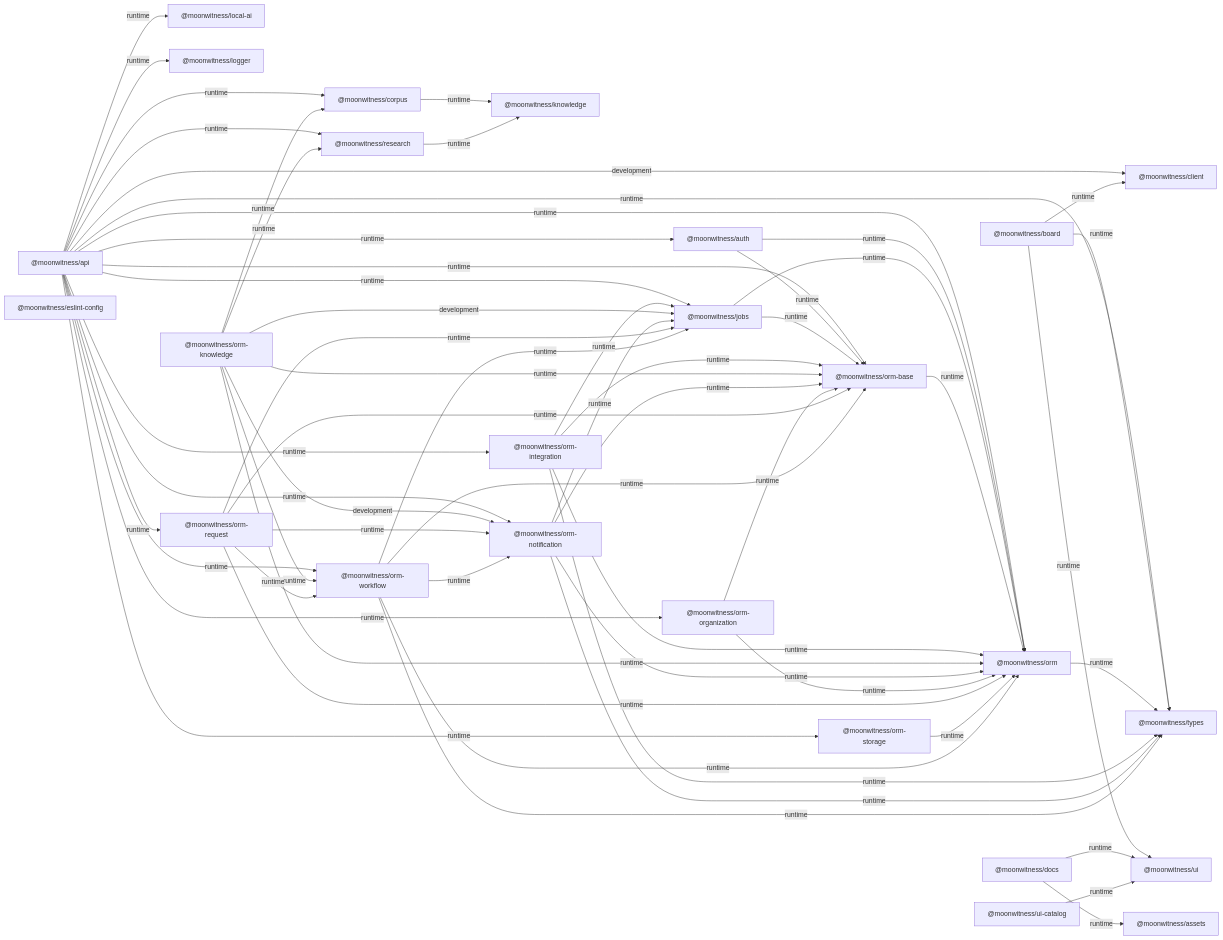
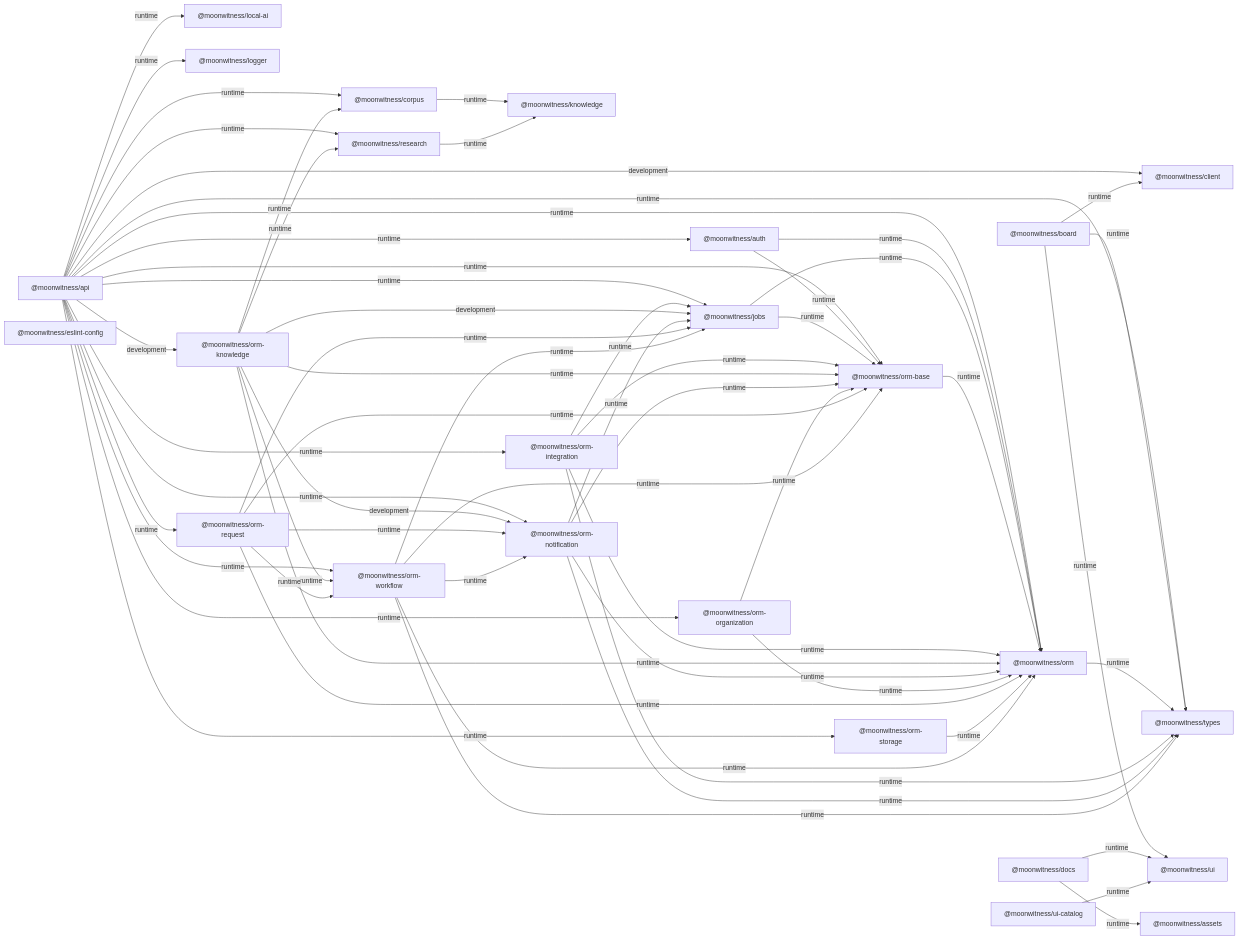
Before and after one commit to bjo163/moonwitness-xi: the diagram in docs/architecture/diagrams/workspace-dependencies.mmd, drawn with Mermaid. The commit also changed 18 other files, not shown here.

```diff
--- a/docs/architecture/diagrams/workspace-dependencies.mmd
+++ b/docs/architecture/diagrams/workspace-dependencies.mmd
@@ -1,84 +1,85 @@
 flowchart LR
   pkg0["@moonwitness/api"]
   pkg1["@moonwitness/assets"]
   pkg2["@moonwitness/auth"]
   pkg3["@moonwitness/board"]
   pkg4["@moonwitness/client"]
   pkg5["@moonwitness/corpus"]
   pkg6["@moonwitness/docs"]
   pkg7["@moonwitness/eslint-config"]
   pkg8["@moonwitness/jobs"]
   pkg9["@moonwitness/knowledge"]
   pkg10["@moonwitness/local-ai"]
   pkg11["@moonwitness/logger"]
   pkg12["@moonwitness/orm"]
   pkg13["@moonwitness/orm-base"]
   pkg14["@moonwitness/orm-integration"]
   pkg15["@moonwitness/orm-knowledge"]
   pkg16["@moonwitness/orm-notification"]
   pkg17["@moonwitness/orm-organization"]
   pkg18["@moonwitness/orm-request"]
   pkg19["@moonwitness/orm-storage"]
   pkg20["@moonwitness/orm-workflow"]
   pkg21["@moonwitness/research"]
   pkg22["@moonwitness/types"]
   pkg23["@moonwitness/ui"]
   pkg24["@moonwitness/ui-catalog"]
   pkg0 -->|development| pkg4
+  pkg0 -->|development| pkg15
   pkg0 -->|runtime| pkg2
   pkg0 -->|runtime| pkg5
   pkg0 -->|runtime| pkg8
   pkg0 -->|runtime| pkg10
   pkg0 -->|runtime| pkg11
   pkg0 -->|runtime| pkg12
   pkg0 -->|runtime| pkg13
   pkg0 -->|runtime| pkg14
   pkg0 -->|runtime| pkg16
   pkg0 -->|runtime| pkg17
   pkg0 -->|runtime| pkg18
   pkg0 -->|runtime| pkg19
   pkg0 -->|runtime| pkg20
   pkg0 -->|runtime| pkg21
   pkg0 -->|runtime| pkg22
   pkg2 -->|runtime| pkg12
   pkg2 -->|runtime| pkg13
   pkg3 -->|runtime| pkg4
   pkg3 -->|runtime| pkg22
   pkg3 -->|runtime| pkg23
   pkg5 -->|runtime| pkg9
   pkg6 -->|runtime| pkg1
   pkg6 -->|runtime| pkg23
   pkg8 -->|runtime| pkg12
   pkg8 -->|runtime| pkg13
   pkg12 -->|runtime| pkg22
   pkg13 -->|runtime| pkg12
   pkg14 -->|runtime| pkg8
   pkg14 -->|runtime| pkg12
   pkg14 -->|runtime| pkg13
   pkg14 -->|runtime| pkg22
   pkg15 -->|development| pkg8
   pkg15 -->|development| pkg16
   pkg15 -->|runtime| pkg5
   pkg15 -->|runtime| pkg12
   pkg15 -->|runtime| pkg13
   pkg15 -->|runtime| pkg20
   pkg15 -->|runtime| pkg21
   pkg16 -->|runtime| pkg8
   pkg16 -->|runtime| pkg12
   pkg16 -->|runtime| pkg13
   pkg16 -->|runtime| pkg22
   pkg17 -->|runtime| pkg12
   pkg17 -->|runtime| pkg13
   pkg18 -->|runtime| pkg8
   pkg18 -->|runtime| pkg12
   pkg18 -->|runtime| pkg13
   pkg18 -->|runtime| pkg16
   pkg18 -->|runtime| pkg20
   pkg19 -->|runtime| pkg12
   pkg20 -->|runtime| pkg8
   pkg20 -->|runtime| pkg12
   pkg20 -->|runtime| pkg13
   pkg20 -->|runtime| pkg16
   pkg20 -->|runtime| pkg22
   pkg21 -->|runtime| pkg9
   pkg24 -->|runtime| pkg23
```
